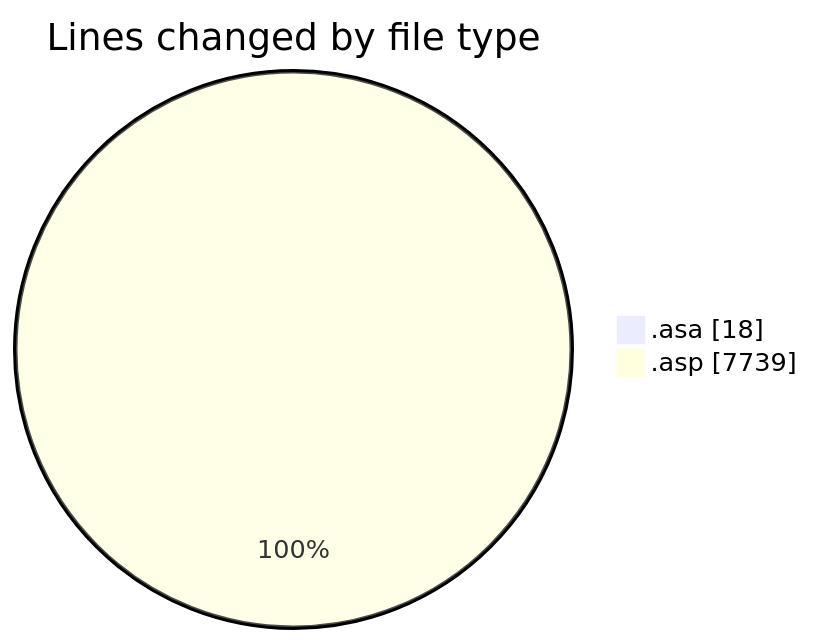
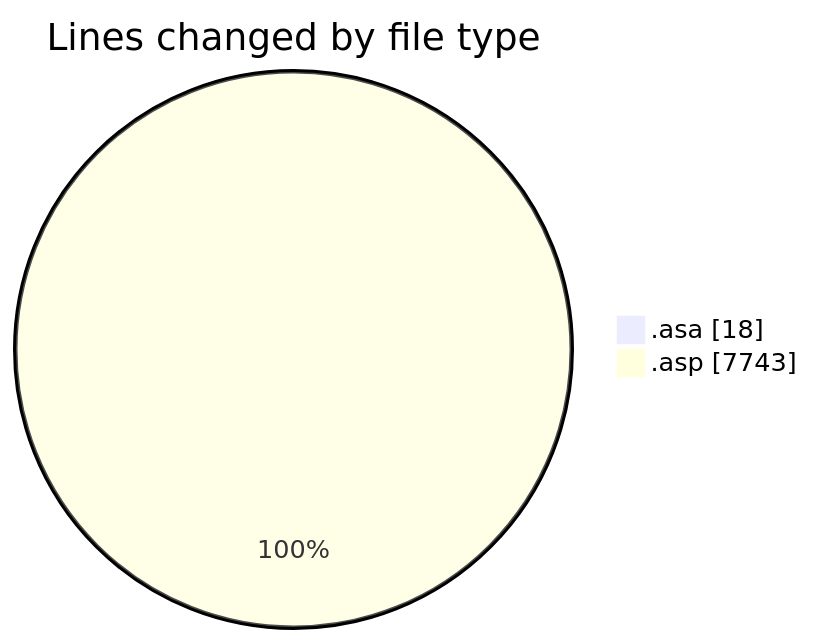
Before and after one commit to julien-gomy/code-tracking: the first of 2 diagrams in 2025-11-06/usr_aleoudev_fr__workspace_/README.md, drawn with Mermaid. The commit also changed other lines of this file and 1 other file, not shown here.

````diff
--- a/2025-11-06/usr_aleoudev_fr__workspace_/README.md
+++ b/2025-11-06/usr_aleoudev_fr__workspace_/README.md
@@ -24,6 +24,6 @@
 ```mermaid
 pie showData
 title Lines changed by file type
 ".asa" : 18
-".asp" : 7739
+".asp" : 7743
 ```
````
